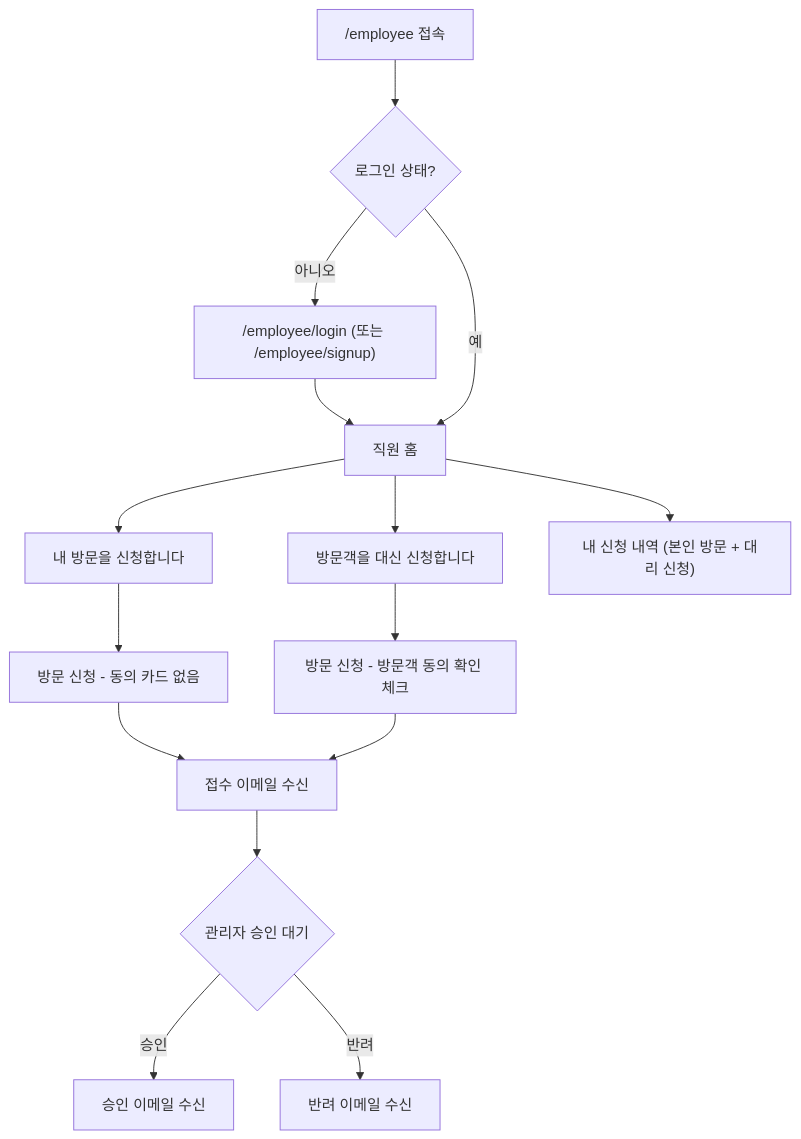
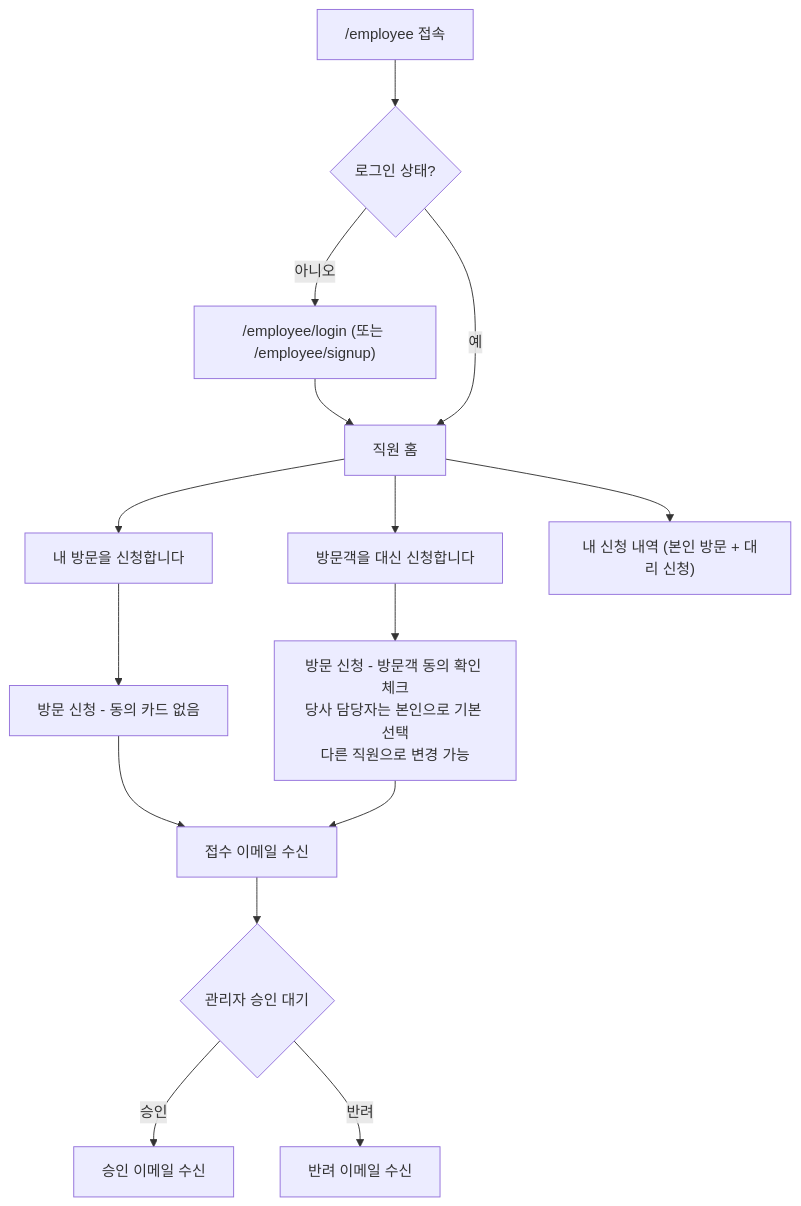
Before and after one commit to leejyeone/ParkingSystem: the second of 5 diagrams in README.md, drawn with Mermaid. The commit also changed other lines of this file and 22 other files, not shown here.

````diff
--- a/README.md
+++ b/README.md
@@ -204,17 +217,17 @@
 ```mermaid
 flowchart TD
     A["/employee 접속"] --> B{로그인 상태?}
     B -->|아니오| C["/employee/login (또는 /employee/signup)"]
     C --> D[직원 홈]
     B -->|예| D
     D --> E["내 방문을 신청합니다"]
     D --> F["방문객을 대신 신청합니다"]
     E --> G[방문 신청 - 동의 카드 없음]
-    F --> H[방문 신청 - 방문객 동의 확인 체크]
+    F --> H[방문 신청 - 방문객 동의 확인 체크<br/>당사 담당자는 본인으로 기본 선택<br/>다른 직원으로 변경 가능]
     G --> I[접수 이메일 수신]
     H --> I
     I --> J{관리자 승인 대기}
     J -->|승인| K[승인 이메일 수신]
     J -->|반려| L[반려 이메일 수신]
     D --> M["내 신청 내역 (본인 방문 + 대리 신청)"]
 ```
````
